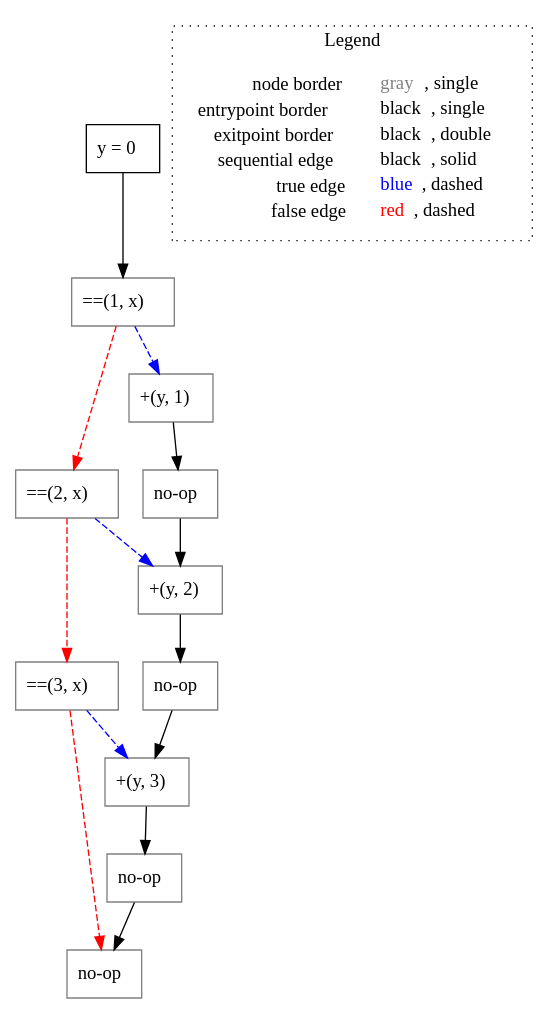
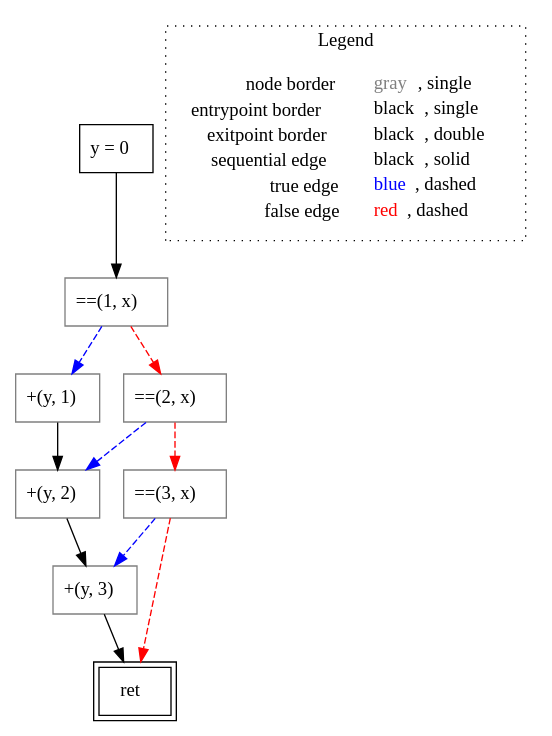
Before and after one commit to lisa-analyzer/go-lisa: the diagram in go-lisa/test-outputs/cfg/switch/untyped_~LiSAProgram.simpleSwitchWithFt(int_x).dot, drawn with Graphviz. The commit also changed 27 other files, not shown here.

```diff
--- a/go-lisa/test-outputs/cfg/switch/untyped_~LiSAProgram.simpleSwitchWithFt(int_x).dot
+++ b/go-lisa/test-outputs/cfg/switch/untyped_~LiSAProgram.simpleSwitchWithFt(int_x).dot
@@ -1,33 +1,27 @@
 digraph {
 	"node0" [shape="rect",color="black",label=<y = 0>];
-	"node1" [shape="rect",color="gray",label=<==(2, x)>];
-	"node2" [shape="rect",color="gray",label=<no-op>];
-	"node3" [shape="rect",color="gray",label=<no-op>];
-	"node4" [shape="rect",color="gray",label=<no-op>];
-	"node5" [shape="rect",color="gray",label=<no-op>];
-	"node6" [shape="rect",color="gray",label=<+(y, 3)>];
-	"node7" [shape="rect",color="gray",label=<+(y, 1)>];
-	"node8" [shape="rect",color="gray",label=<==(3, x)>];
-	"node9" [shape="rect",color="gray",label=<+(y, 2)>];
-	"node10" [shape="rect",color="gray",label=<==(1, x)>];
-	"node1" -> "node8" [color="red",style="dashed"];
-	"node1" -> "node9" [color="blue",style="dashed"];
-	"node2" -> "node9" [color="black"];
-	"node3" -> "node6" [color="black"];
-	"node4" -> "node5" [color="black"];
-	"node0" -> "node10" [color="black"];
-	"node6" -> "node4" [color="black"];
-	"node7" -> "node2" [color="black"];
-	"node8" -> "node6" [color="blue",style="dashed"];
-	"node8" -> "node5" [color="red",style="dashed"];
-	"node9" -> "node3" [color="black"];
-	"node10" -> "node1" [color="red",style="dashed"];
-	"node10" -> "node7" [color="blue",style="dashed"];
+	"node1" [shape="rect",color="black",peripheries="2",label=<ret>];
+	"node2" [shape="rect",color="gray",label=<+(y, 2)>];
+	"node3" [shape="rect",color="gray",label=<+(y, 1)>];
+	"node4" [shape="rect",color="gray",label=<==(3, x)>];
+	"node5" [shape="rect",color="gray",label=<+(y, 3)>];
+	"node6" [shape="rect",color="gray",label=<==(2, x)>];
+	"node7" [shape="rect",color="gray",label=<==(1, x)>];
+	"node2" -> "node5" [color="black"];
+	"node3" -> "node2" [color="black"];
+	"node4" -> "node5" [color="blue",style="dashed"];
+	"node4" -> "node1" [color="red",style="dashed"];
+	"node5" -> "node1" [color="black"];
+	"node0" -> "node7" [color="black"];
+	"node6" -> "node2" [color="blue",style="dashed"];
+	"node6" -> "node4" [color="red",style="dashed"];
+	"node7" -> "node6" [color="red",style="dashed"];
+	"node7" -> "node3" [color="blue",style="dashed"];
 subgraph cluster_legend {
 	label="Legend";
 	style=dotted;
 	node [shape=plaintext];
 	"legend" [label=<<table border="0" cellpadding="2" cellspacing="0" cellborder="0"><tr><td align="right">node border&nbsp;</td><td align="left"><font color="gray">gray</font>, single</td></tr><tr><td align="right">entrypoint border&nbsp;</td><td align="left"><font color="black">black</font>, single</td></tr><tr><td align="right">exitpoint border&nbsp;</td><td align="left"><font color="black">black</font>, double</td></tr><tr><td align="right">sequential edge&nbsp;</td><td align="left"><font color="black">black</font>, solid</td></tr><tr><td align="right">true edge&nbsp;</td><td align="left"><font color="blue">blue</font>, dashed</td></tr><tr><td align="right">false edge&nbsp;</td><td align="left"><font color="red">red</font>, dashed</td></tr></table>>];
 }
 
 }
```
